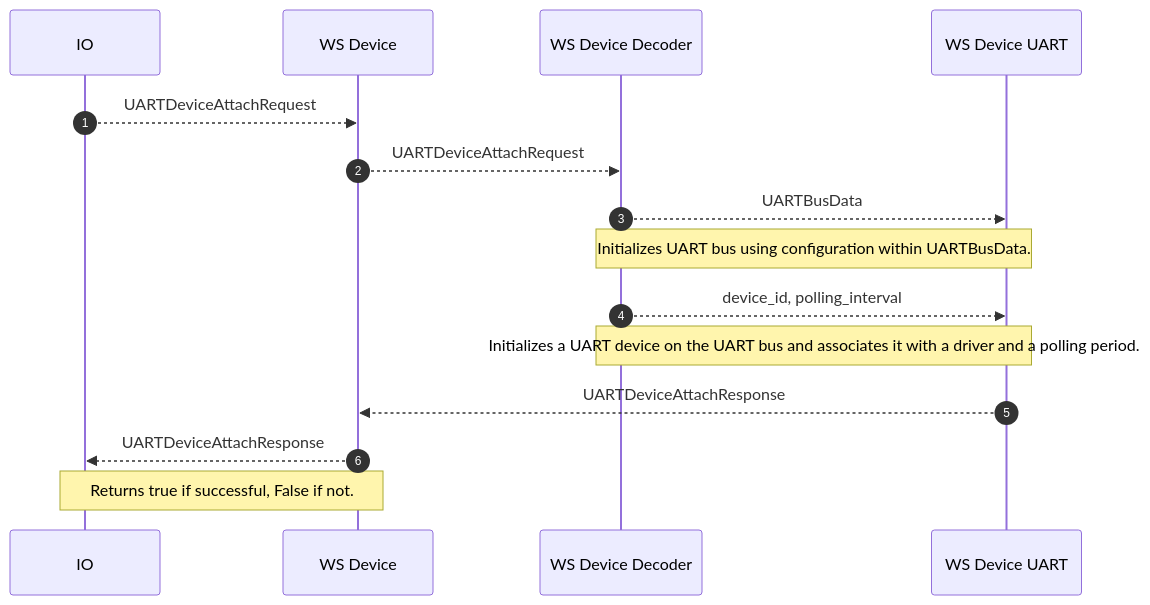
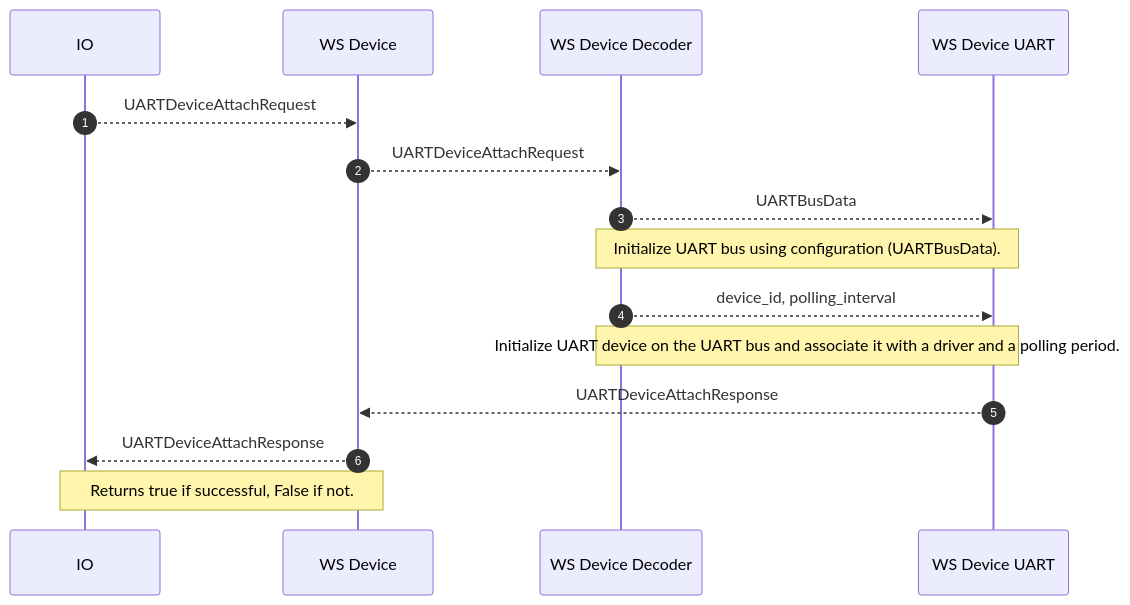
The diagram in proto/wippersnapper/uart/v1/uart.md (adafruit/Wippersnapper_Protobuf), drawn with Mermaid before and after one commit.

````diff
--- a/proto/wippersnapper/uart/v1/uart.md
+++ b/proto/wippersnapper/uart/v1/uart.md
@@ -18,19 +18,19 @@
 ```mermaid
 sequenceDiagram
 autonumber
 
 IO-->>WS Device: UARTDeviceAttachRequest
 
 WS Device-->>WS Device Decoder: UARTDeviceAttachRequest
 
 WS Device Decoder-->>WS Device UART: UARTBusData
-Note over WS Device Decoder, WS Device UART: Initializes UART bus using configuration within UARTBusData.
+Note over WS Device Decoder, WS Device UART: Initialize UART bus using configuration (UARTBusData).
 
 WS Device Decoder-->>WS Device UART: device_id, polling_interval
-Note over WS Device Decoder, WS Device UART: Initializes a UART device on the UART bus and associates it with a driver and a polling period.
+Note over WS Device Decoder, WS Device UART: Initialize UART device on the UART bus and associate it with a driver and a polling period.
 
 WS Device UART-->>WS Device: UARTDeviceAttachResponse
 
 WS Device-->>IO: UARTDeviceAttachResponse
 Note over WS Device, IO: Returns true if successful, False if not.
 ```
````
